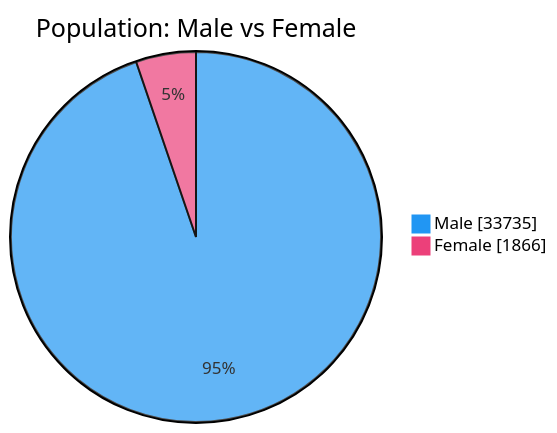
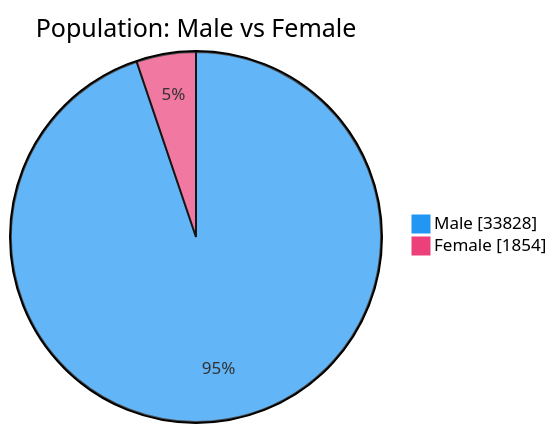
The second of 7 diagrams in README.md (nuuuwan/lk_prisons), drawn with Mermaid before and after one commit. The commit also changed other lines of this file and 1 other file, not shown here.

````diff
--- a/README.md
+++ b/README.md
@@ -54,6 +54,6 @@
 ```mermaid
 %%{init: {'themeVariables': {'pie1': '#2196F3', 'pie2': '#EC407A'}}}%%
 pie showData title Population: Male vs Female
-    "Male" : 33735
-    "Female" : 1866
+    "Male" : 33828
+    "Female" : 1854
 ```
````
